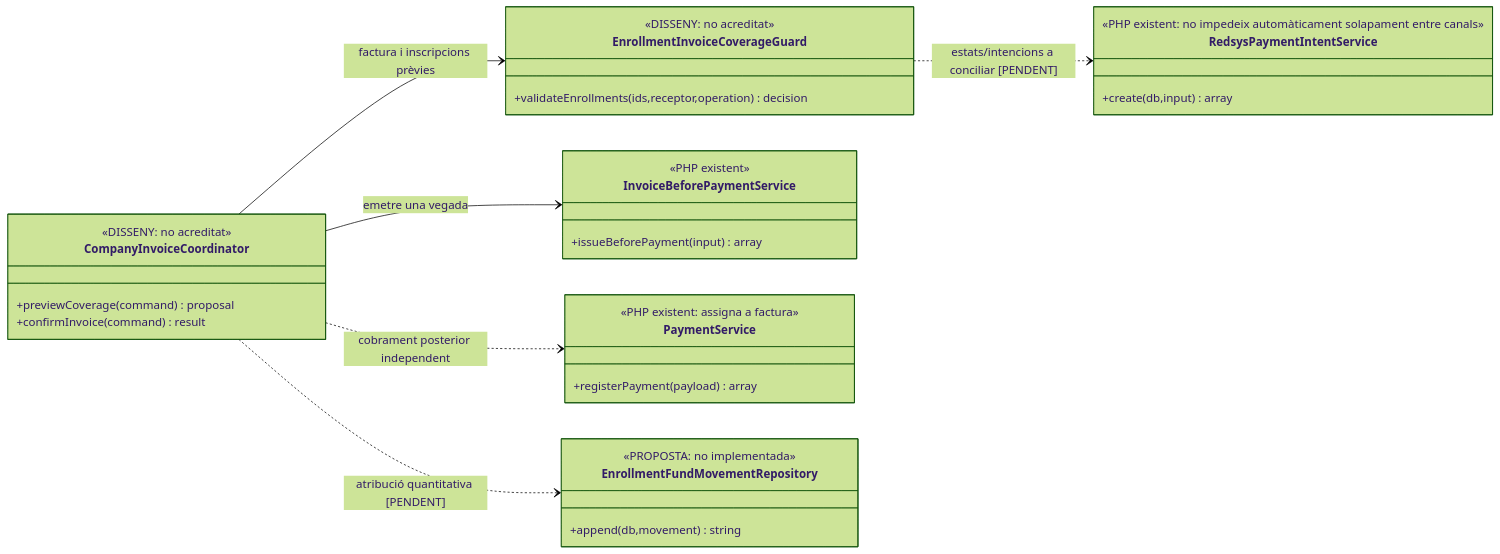
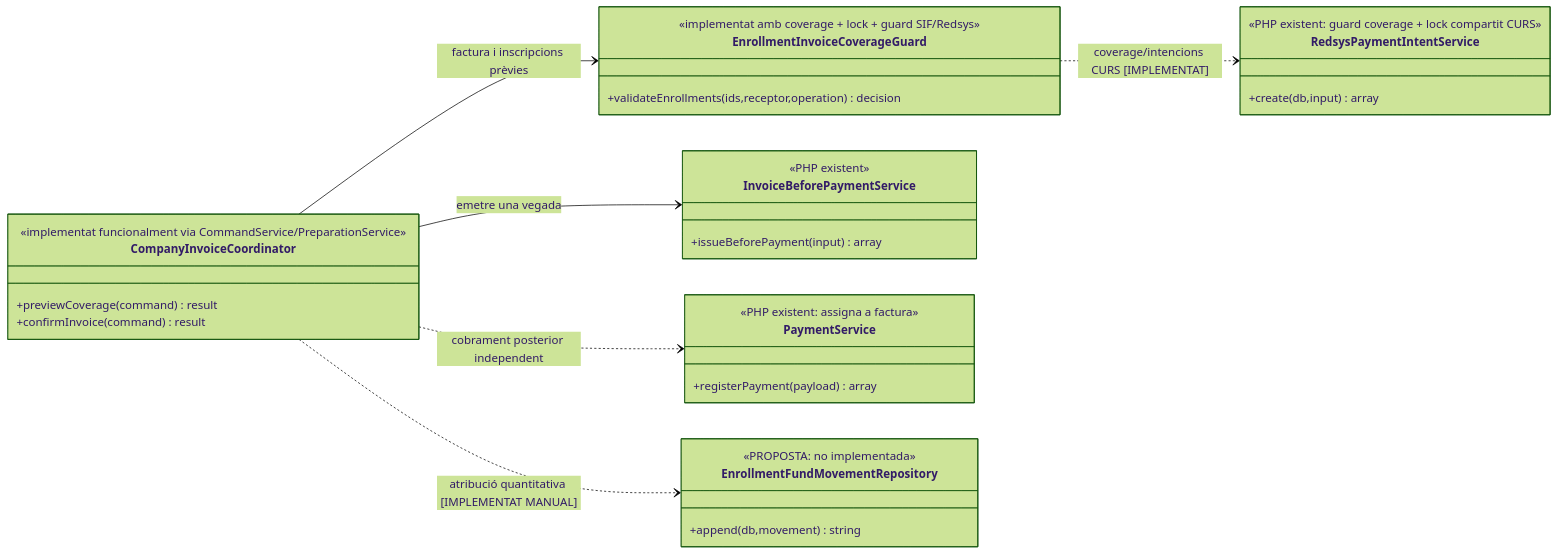
Before and after one commit to orgmeriemprismacat-del/verifactu: the fifth of 17 diagrams in documentacio/07-uml-integrat/uc-021-empresa-responsable-paga-inscripcions.md, drawn with Mermaid (forest theme). The commit also changed other lines of this file, not shown here.

Commit message:
docs(uc-021): reconciliar UML amb implementacio final actual

````diff
--- a/documentacio/07-uml-integrat/uc-021-empresa-responsable-paga-inscripcions.md
+++ b/documentacio/07-uml-integrat/uc-021-empresa-responsable-paga-inscripcions.md
@@ -203,34 +203,34 @@
 ```mermaid
 classDiagram
 direction LR
 class CompanyInvoiceCoordinator {
- <<DISSENY: no acreditat>>
- +previewCoverage(command) proposal
+ <<implementat funcionalment via CommandService/PreparationService>>
+ +previewCoverage(command) result
  +confirmInvoice(command) result
 }
 class EnrollmentInvoiceCoverageGuard {
- <<DISSENY: no acreditat>>
+ <<implementat amb coverage + lock + guard SIF/Redsys>>
  +validateEnrollments(ids,receptor,operation) decision
 }
 class InvoiceBeforePaymentService {
  <<PHP existent>>
  +issueBeforePayment(input) array
 }
 class PaymentService {
  <<PHP existent: assigna a factura>>
  +registerPayment(payload) array
 }
 class EnrollmentFundMovementRepository {
  <<PROPOSTA: no implementada>>
  +append(db,movement) string
 }
 class RedsysPaymentIntentService {
- <<PHP existent: no impedeix automàticament solapament entre canals>>
+ <<PHP existent: guard coverage + lock compartit CURS>>
  +create(db,input) array
 }
 CompanyInvoiceCoordinator --> EnrollmentInvoiceCoverageGuard : factura i inscripcions prèvies
-EnrollmentInvoiceCoverageGuard ..> RedsysPaymentIntentService : estats/intencions a conciliar [PENDENT]
+EnrollmentInvoiceCoverageGuard ..> RedsysPaymentIntentService : coverage/intencions CURS [IMPLEMENTAT]
 CompanyInvoiceCoordinator --> InvoiceBeforePaymentService : emetre una vegada
 CompanyInvoiceCoordinator ..> PaymentService : cobrament posterior independent
-CompanyInvoiceCoordinator ..> EnrollmentFundMovementRepository : atribució quantitativa [PENDENT]
+CompanyInvoiceCoordinator ..> EnrollmentFundMovementRepository : atribució quantitativa [IMPLEMENTAT MANUAL]
 ```
````
